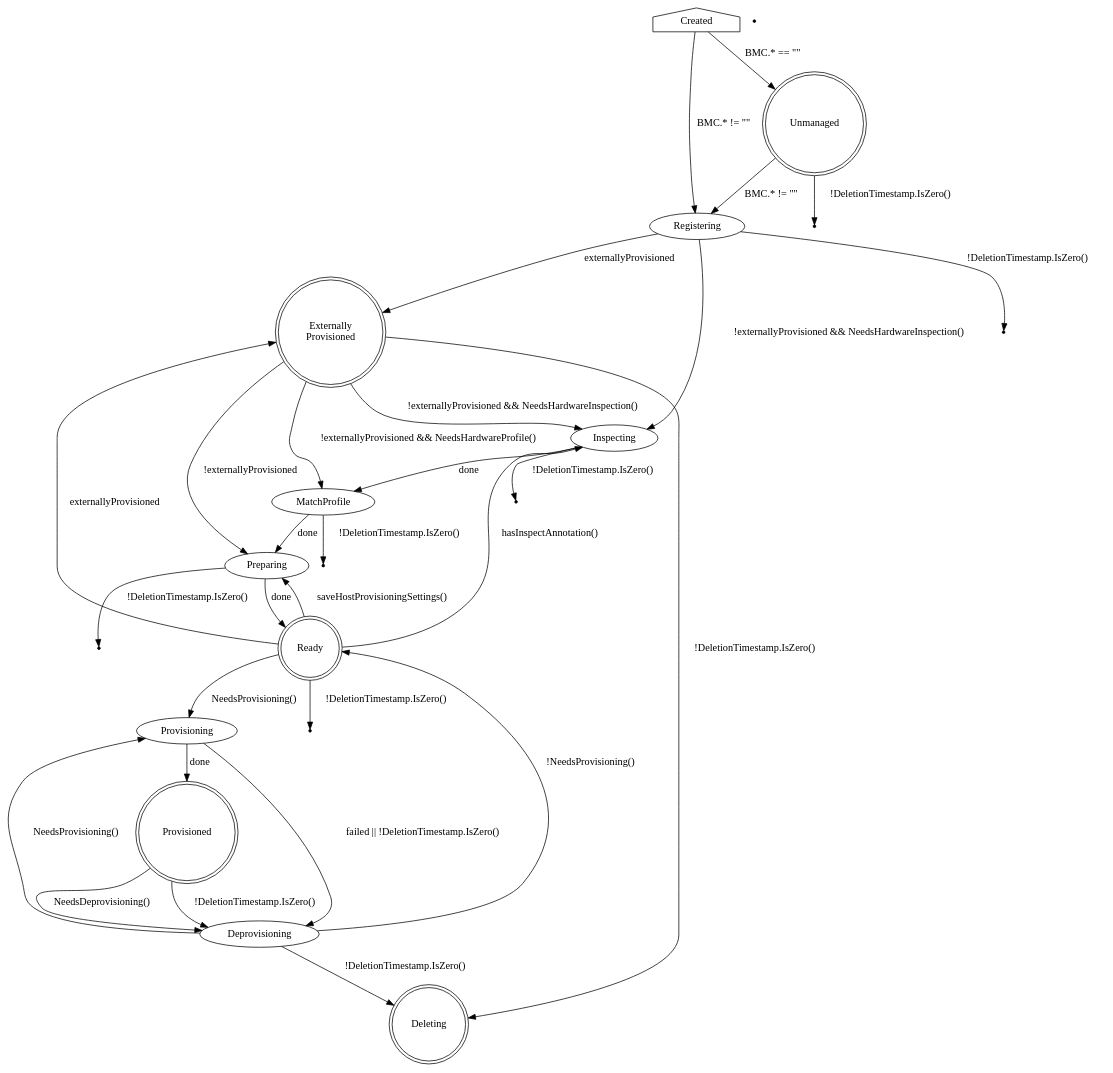
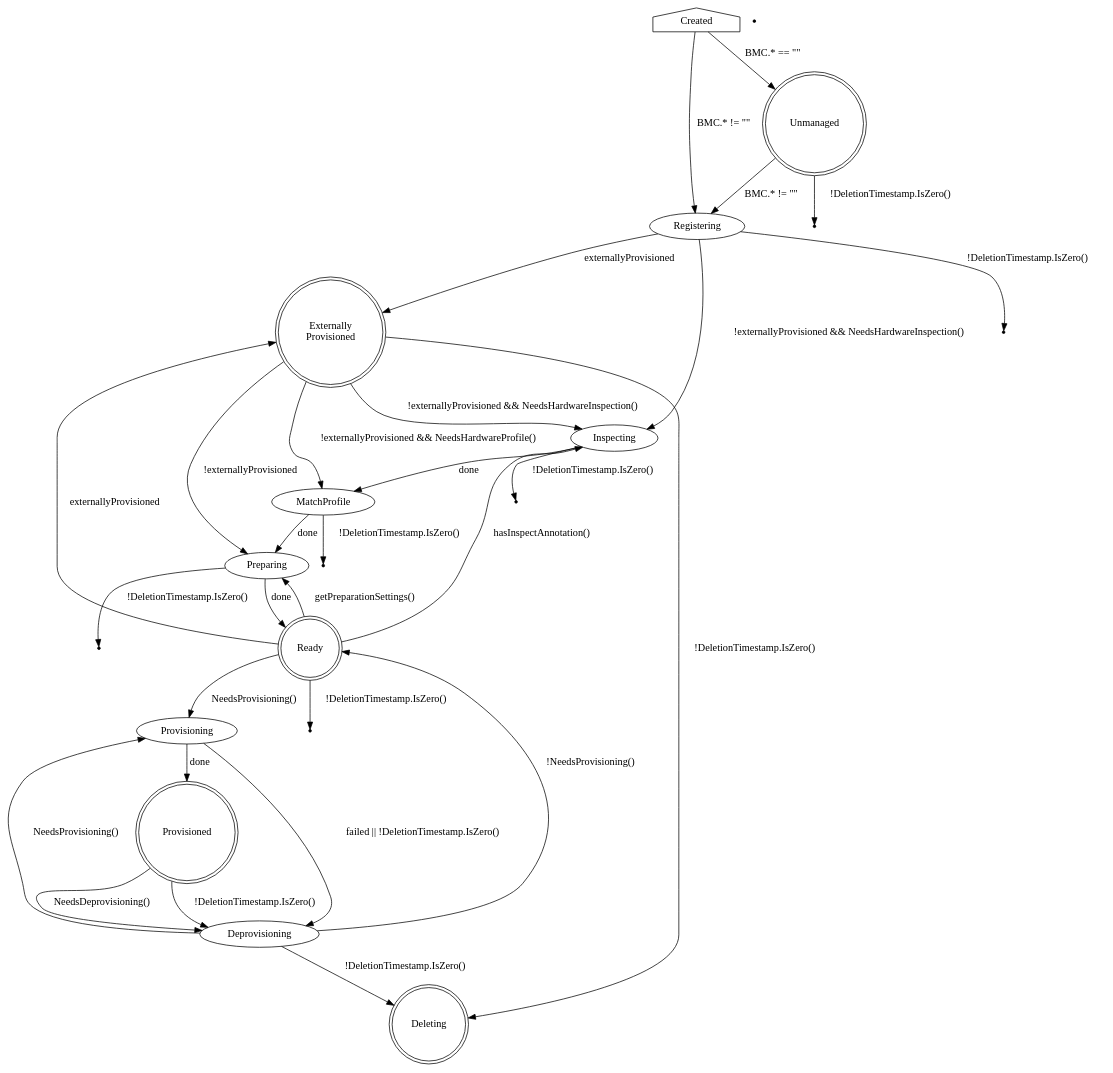
One commit to metal3-io/baremetal-operator changed the diagram in docs/BaremetalHost_ProvisioningState.dot. Above: the diagram before and after it, drawn with Graphviz. The commit also changed 5 other files, not shown here.

First line of the commit message:
Rename get/clear/saveHostProvisioningSettings functions

```diff
--- a/docs/BaremetalHost_ProvisioningState.dot
+++ b/docs/BaremetalHost_ProvisioningState.dot
@@ -1,65 +1,65 @@
 digraph BaremetalHost {
     Created [shape=house]
     Created -> Unmanaged [label="BMC.* == \"\""]
     Created -> Registering [label="BMC.* != \"\""]
 
     Unmanaged [shape=doublecircle]
     Unmanaged -> Registering [label="BMC.* != \"\""]
     Unmanaged -> Deleting1 [label="!DeletionTimestamp.IsZero()"]
 
     Deleting1 [shape=point]
 
     ExternallyProvisioned [label="Externally\nProvisioned"]
 
     Registering -> Inspecting [label="!externallyProvisioned && NeedsHardwareInspection()"]
     Registering -> ExternallyProvisioned [label="externallyProvisioned"]
     Registering -> Deleting2 [label="!DeletionTimestamp.IsZero()"]
 
     Deleting2 [shape=point]
 
     ExternallyProvisioned -> Inspecting [label="!externallyProvisioned && NeedsHardwareInspection()"]
     ExternallyProvisioned -> MatchProfile [label="!externallyProvisioned && NeedsHardwareProfile()"]
     ExternallyProvisioned -> Preparing [label="!externallyProvisioned"]
     Ready -> ExternallyProvisioned [label="externallyProvisioned"]
 
     Inspecting -> MatchProfile [label="done"]
     Inspecting -> Deleting3 [label="!DeletionTimestamp.IsZero()"]
 
     Deleting3 [shape=point]
 
     MatchProfile -> Preparing [label="done"]
     MatchProfile -> Deleting4 [label="!DeletionTimestamp.IsZero()"]
 
     Deleting4 [shape=point]
 
     Deleting5 [shape=point]
 
     Preparing -> Ready [label="done"]
     Preparing -> Deleting6 [label="!DeletionTimestamp.IsZero()"]
 
     Deleting6 [shape=point]
 
     Ready [shape=doublecircle]
     Ready -> Provisioning [label="NeedsProvisioning()"]
-    Ready -> Preparing [label="saveHostProvisioningSettings()"]
+    Ready -> Preparing [label="getPreparationSettings()"]
     Ready -> Deleting7 [label="!DeletionTimestamp.IsZero()"]
     Ready -> Inspecting [label="hasInspectAnnotation()"]
 
     Deleting7 [shape=point]
 
     Provisioning -> Provisioned [label=done]
     Provisioning -> Deprovisioning [label="failed || !DeletionTimestamp.IsZero()"]
 
     Provisioned [shape=doublecircle]
     Provisioned -> Deprovisioning [label="NeedsDeprovisioning()"]
     Provisioned -> Deprovisioning [label="!DeletionTimestamp.IsZero()"]
 
     ExternallyProvisioned [shape=doublecircle]
     ExternallyProvisioned -> Deleting [label="!DeletionTimestamp.IsZero()"]
 
     Deprovisioning -> Provisioning [label="NeedsProvisioning()"]
     Deprovisioning -> Ready [label="!NeedsProvisioning()"]
     Deprovisioning -> Deleting [label="!DeletionTimestamp.IsZero()"]
 
     Deleting [shape=doublecircle]
 }
```
